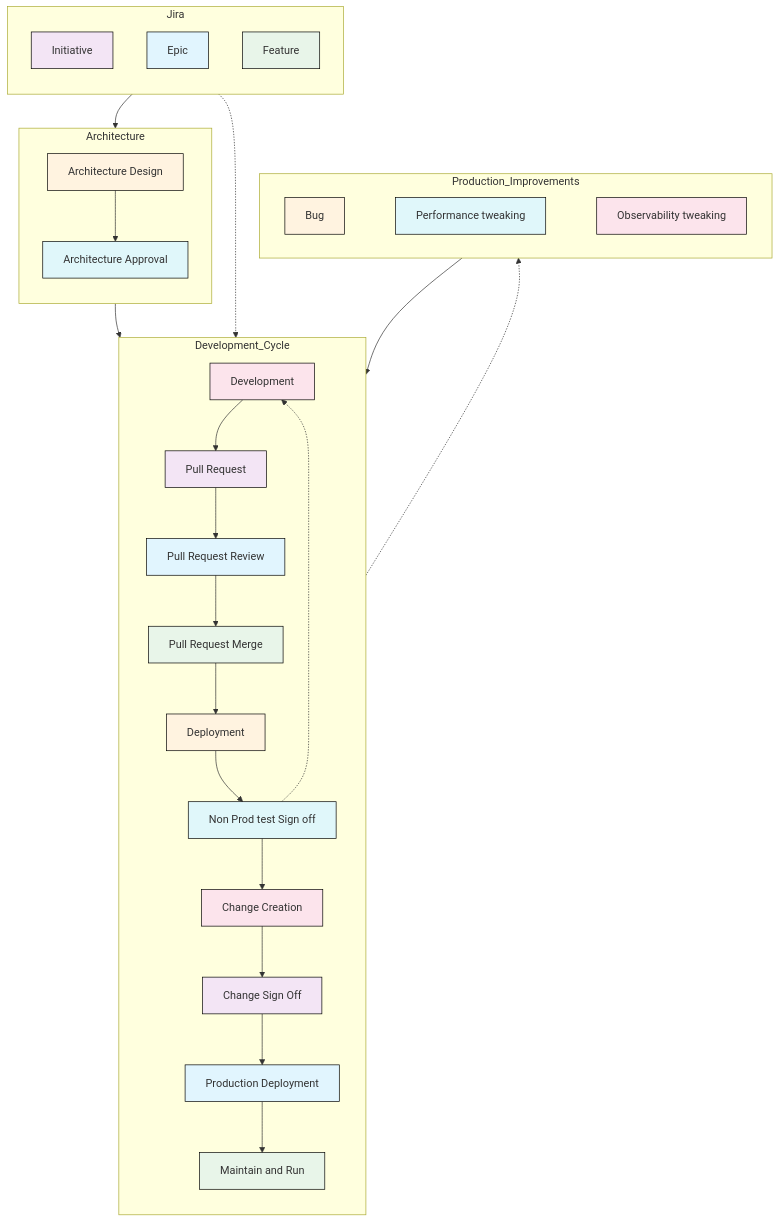
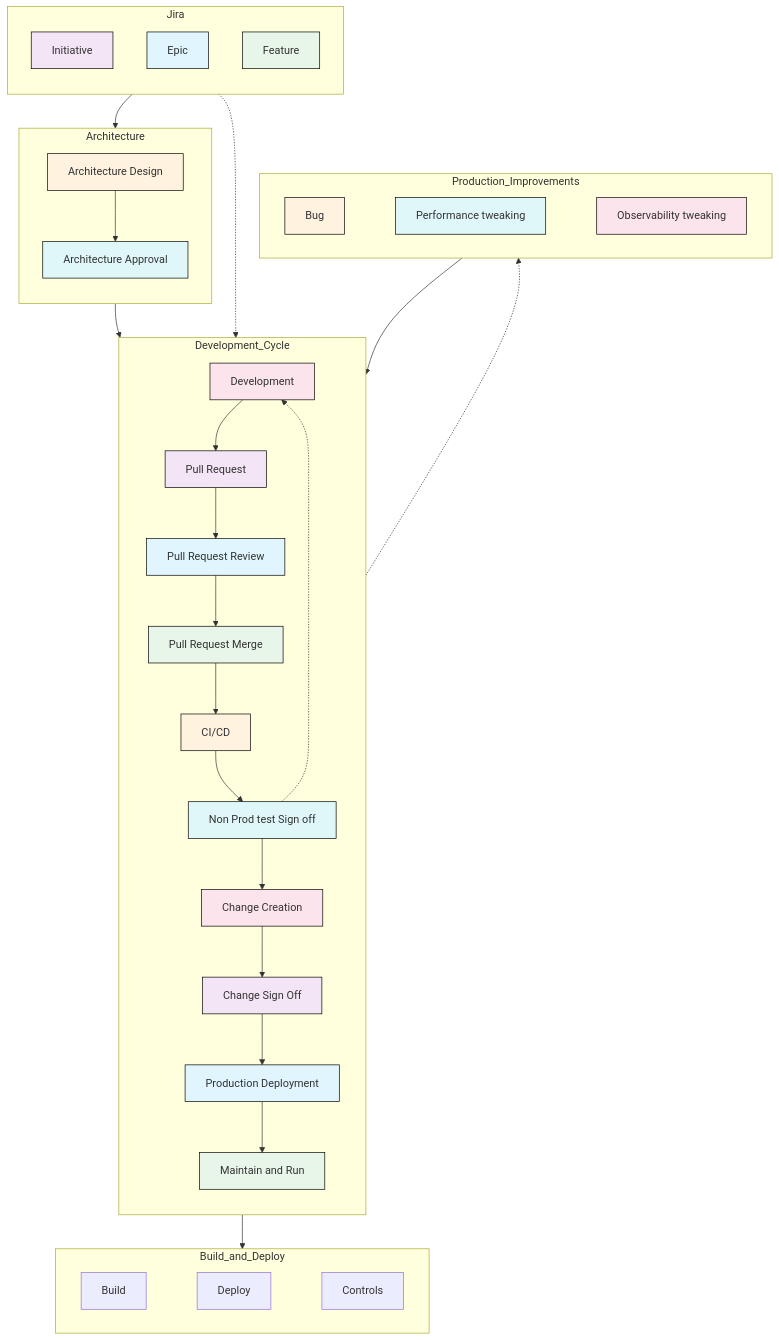
One commit to woutermesker/CycleTime changed the diagram in test.md. Above: the diagram before and after it, drawn with Mermaid.

Commit message:
Update Diagram

````diff
--- a/test.md
+++ b/test.md
@@ -1,62 +1,70 @@
 ```mermaid
-graph 
+graph
+
 direction LR
 subgraph Development_Cycle
         direction TB
         style F fill:#fce4ec,stroke:#000,stroke-width:1px
         style G fill:#f3e5f5,stroke:#000,stroke-width:1px
         style H fill:#e1f5fe,stroke:#000,stroke-width:1px
         style I fill:#e8f5e9,stroke:#000,stroke-width:1px
         style J fill:#fff3e0,stroke:#000,stroke-width:1px
         style K fill:#e0f7fa,stroke:#000,stroke-width:1px
         style L fill:#fce4ec,stroke:#000,stroke-width:1px
         style M fill:#f3e5f5,stroke:#000,stroke-width:1px
         style N fill:#e1f5fe,stroke:#000,stroke-width:1px
         style O fill:#e8f5e9,stroke:#000,stroke-width:1px
         F[Development] --> G[Pull Request]
         G --> H[Pull Request Review]
         H --> I[Pull Request Merge]
-        I --> J[Deployment]
+        I --> J[CI/CD]
         J --> K[Non Prod test Sign off]
         K -.-> F
         K --> L[Change Creation]
         L --> M[Change Sign Off]
         M --> N[Production Deployment]
         N --> O[Maintain and Run]
     end
 subgraph Architecture
 direction TB
         style D fill:#fff3e0,stroke:#000,stroke-width:1px
         style E fill:#e0f7fa,stroke:#000,stroke-width:1px
         D[Architecture Design] --> E[Architecture Approval]
         E[Architecture Approval] 
     end
+
+
 subgraph Jira
 direction TB
         style A fill:#f3e5f5,stroke:#000,stroke-width:1px
         style B fill:#e1f5fe,stroke:#000,stroke-width:1px
         style C fill:#e8f5e9,stroke:#000,stroke-width:1px
         A[Initiative] 
         B[Epic] 
         C[Feature]
     end
  
    
   
  
   Architecture --> F
   Jira --> Architecture
   Jira -.-> F
   Production_Improvements --> F
+  J --> Build_and_Deploy
   O -.-> Production_Improvements
 
     subgraph Production_Improvements
         style P fill:#fff3e0,stroke:#000,stroke-width:1px
         style Q fill:#e0f7fa,stroke:#000,stroke-width:1px
         style R fill:#fce4ec,stroke:#000,stroke-width:1px
         P[Bug] ~~~ Q
         Q[Performance tweaking] ~~~ R
         R[Observability tweaking]
     end
-   
+   subgraph Build_and_Deploy
+direction LR
+        W[Build] ~~~ T[Deploy]
+        T[Deploy] ~~~ S[Controls]
+    end
 ```
````
